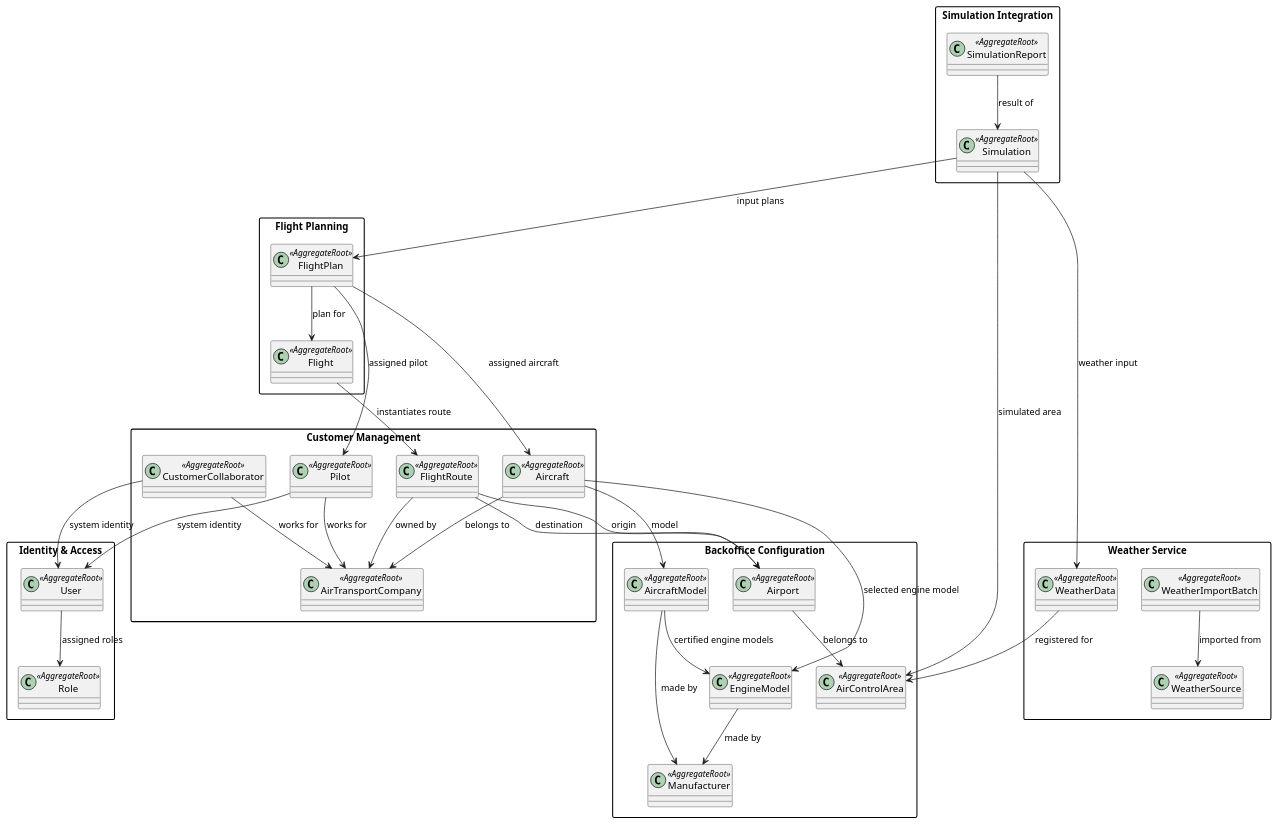
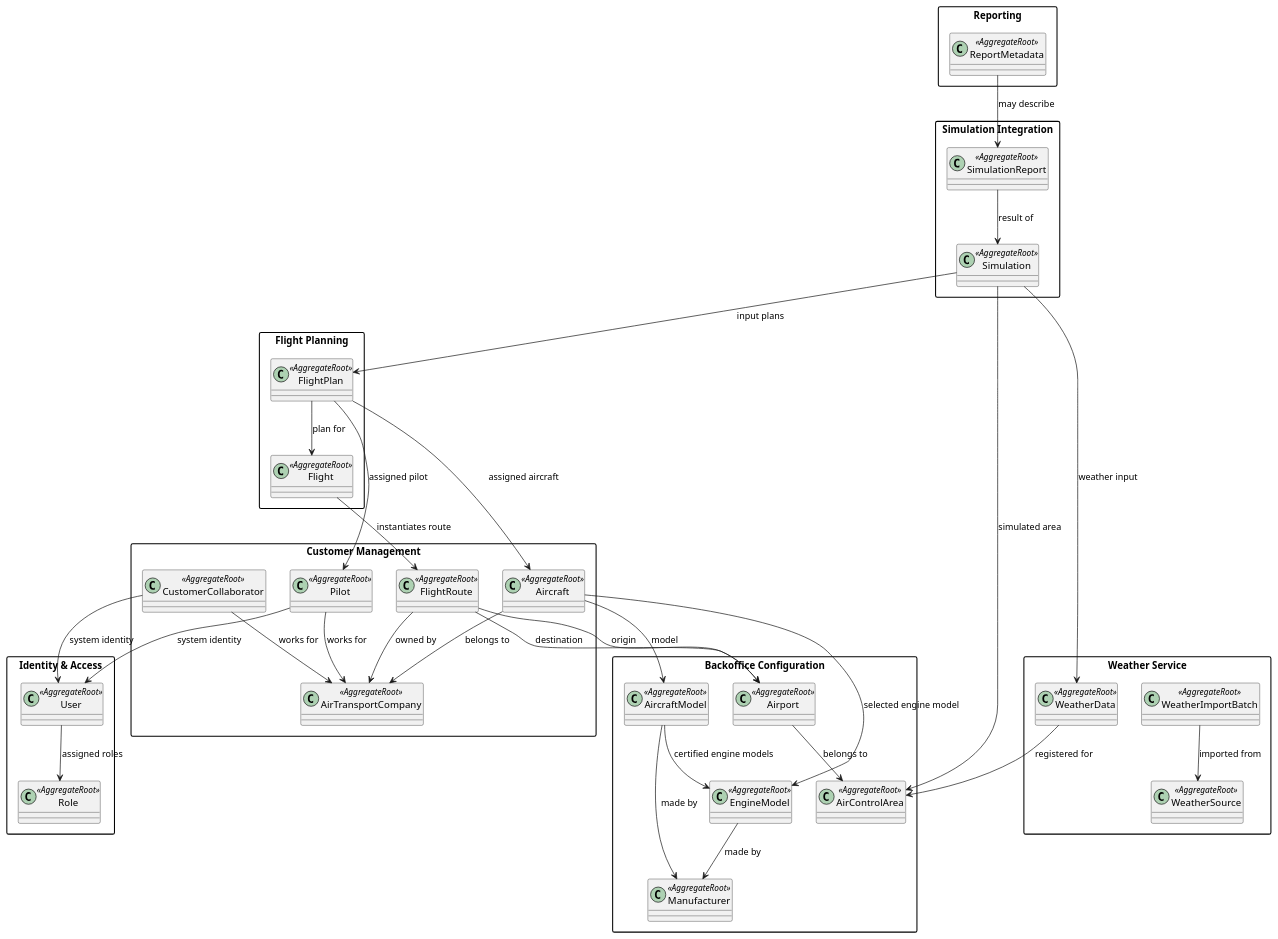
One commit to goncalolopesp/sem4pi2526-sem4pi2526_2di5 changed the diagram in docs/US_010/DM-aggregate.puml. Above: the diagram before and after it, drawn with PlantUML. The commit also changed 15 other files, not shown here.

```diff
--- a/docs/US_010/DM-aggregate.puml
+++ b/docs/US_010/DM-aggregate.puml
@@ -1,78 +1,83 @@
 @startuml
 skinparam classAttributeIconSize 0
 skinparam shadowing false
 skinparam packageStyle rectangle
 
 package "Identity & Access" {
   class User <<AggregateRoot>>
   class Role <<AggregateRoot>>
 }
 
 package "Backoffice Configuration" {
   class Manufacturer <<AggregateRoot>>
   class EngineModel <<AggregateRoot>>
   class AircraftModel <<AggregateRoot>>
   class AirControlArea <<AggregateRoot>>
   class Airport <<AggregateRoot>>
 }
 
 package "Customer Management" {
   class AirTransportCompany <<AggregateRoot>>
   class CustomerCollaborator <<AggregateRoot>>
   class Pilot <<AggregateRoot>>
   class Aircraft <<AggregateRoot>>
   class FlightRoute <<AggregateRoot>>
 }
 
 package "Flight Planning" {
   class Flight <<AggregateRoot>>
   class FlightPlan <<AggregateRoot>>
 }
 
 package "Weather Service" {
   class WeatherSource <<AggregateRoot>>
   class WeatherImportBatch <<AggregateRoot>>
   class WeatherData <<AggregateRoot>>
 }
 
 package "Simulation Integration" {
   class Simulation <<AggregateRoot>>
   class SimulationReport <<AggregateRoot>>
 }
 
+package "Reporting" {
+  class ReportMetadata <<AggregateRoot>>
+}
+
 User --> Role : assigned roles
 
 CustomerCollaborator --> User : system identity
 Pilot --> User : system identity
 
 CustomerCollaborator --> AirTransportCompany : works for
 Pilot --> AirTransportCompany : works for
 Aircraft --> AirTransportCompany : belongs to
 FlightRoute --> AirTransportCompany : owned by
 
 Airport --> AirControlArea : belongs to
 
 EngineModel --> Manufacturer : made by
 AircraftModel --> Manufacturer : made by
 AircraftModel --> EngineModel : certified engine models
 
 Aircraft --> AircraftModel : model
 Aircraft --> EngineModel : selected engine model
 
 FlightRoute --> Airport : origin
 FlightRoute --> Airport : destination
 
 Flight --> FlightRoute : instantiates route
 FlightPlan --> Flight : plan for
 FlightPlan --> Aircraft : assigned aircraft
 FlightPlan --> Pilot : assigned pilot
 
 WeatherImportBatch --> WeatherSource : imported from
 WeatherData --> AirControlArea : registered for
 
 Simulation --> AirControlArea : simulated area
 Simulation --> FlightPlan : input plans
 Simulation --> WeatherData : weather input
 SimulationReport --> Simulation : result of
+ReportMetadata --> SimulationReport : may describe
 
 @enduml
```
